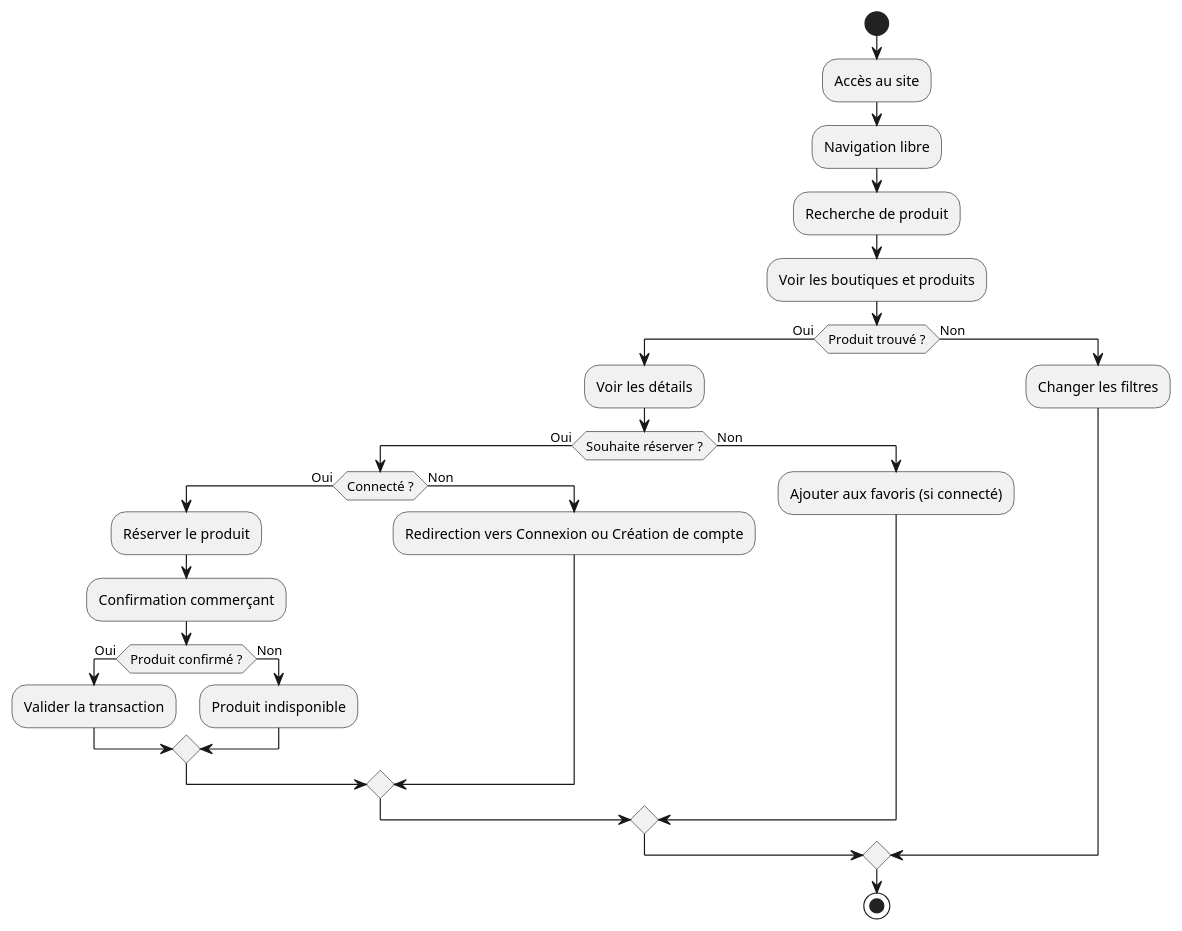
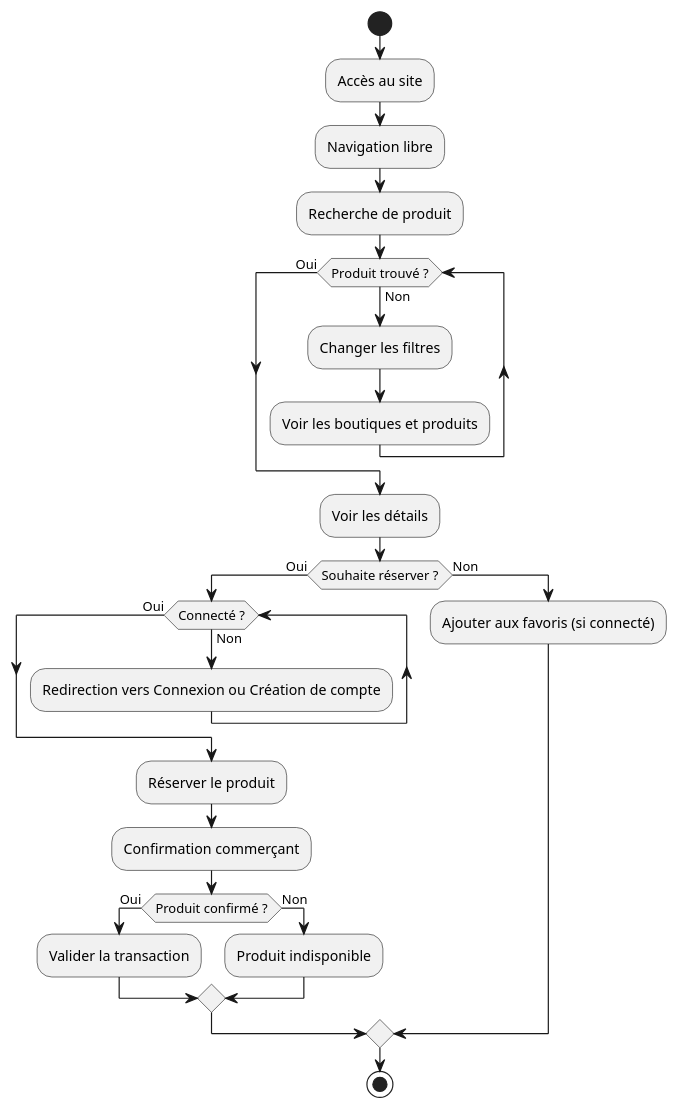
One commit to ManicH06/EasyPlace changed the diagram in docs/Conception/activity-diagram.puml. Above: the diagram before and after it, drawn with PlantUML. The commit also changed 8 other files, not shown here.

```diff
--- a/docs/Conception/activity-diagram.puml
+++ b/docs/Conception/activity-diagram.puml
@@ -1,31 +1,32 @@
 @startuml
 start
 
 :Accès au site;
 :Navigation libre;
 :Recherche de produit;
-:Voir les boutiques et produits;
 
-if (Produit trouvé ?) then (Oui)
-  :Voir les détails;
-  if (Souhaite réserver ?) then (Oui)
-    if (Connecté ?) then (Oui)
-      :Réserver le produit;
-      :Confirmation commerçant;
-      if (Produit confirmé ?) then (Oui)
-        :Valider la transaction;
-      else (Non)
-        :Produit indisponible;
-      endif
-    else (Non)
-      :Redirection vers Connexion ou Création de compte;
-    endif
+while (Produit trouvé ?) is (Non)
+  :Changer les filtres;
+  :Voir les boutiques et produits;
+endwhile (Oui)
+
+:Voir les détails;
+
+if (Souhaite réserver ?) then (Oui)
+  while (Connecté ?) is (Non)
+    :Redirection vers Connexion ou Création de compte;
+  endwhile (Oui)
+
+  :Réserver le produit;
+  :Confirmation commerçant;
+  if (Produit confirmé ?) then (Oui)
+    :Valider la transaction;
   else (Non)
-    :Ajouter aux favoris (si connecté);
+    :Produit indisponible;
   endif
 else (Non)
-  :Changer les filtres;
+  :Ajouter aux favoris (si connecté);
 endif
 
 stop
 @enduml
```
